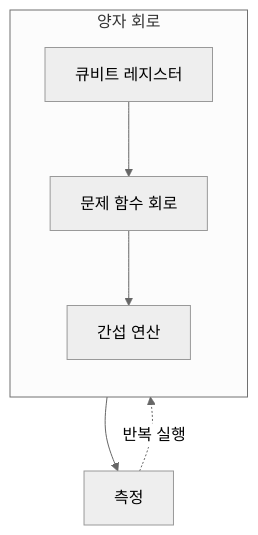
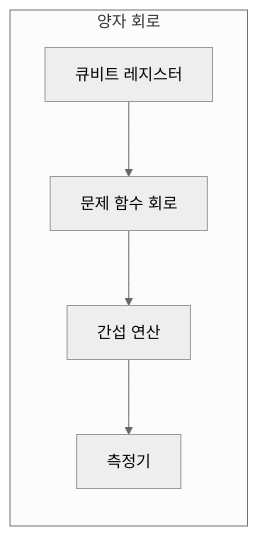
Before and after one commit to agnusdei1207/knowledge-base: the second of 4 diagrams in src/content/docs/notes/01-basic-theory/062_quantum_algo_shor_grover.md, drawn with Mermaid (neutral theme). The commit also changed other lines of this file and 22 other files, not shown here.

````diff
--- a/src/content/docs/notes/01-basic-theory/062_quantum_algo_shor_grover.md
+++ b/src/content/docs/notes/01-basic-theory/062_quantum_algo_shor_grover.md
@@ -64,10 +78,9 @@
 ```mermaid
 flowchart TB
     subgraph QC[양자 회로]
         direction TB
         R[큐비트 레지스터] --> F[문제 함수 회로]
         F --> I[간섭 연산]
+        I --> M[측정기]
     end
-    I --> M[측정]
-    M -. 반복 실행 .-> R
 ```
````
